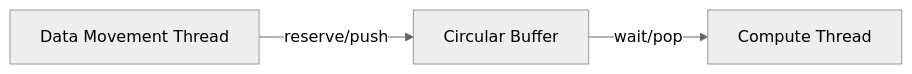
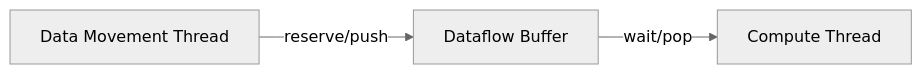
One commit to tenstorrent/tt-lang changed the first of 2 diagrams in docs/sphinx/ttl-tutorial/circular-buffers.md. Above: the diagram before and after it, drawn with Mermaid (neutral theme). The commit also changed other lines of this file and 7 other files, not shown here.

````diff
--- a/docs/sphinx/ttl-tutorial/circular-buffers.md
+++ b/docs/sphinx/ttl-tutorial/circular-buffers.md
@@ -11,5 +11,5 @@
 ```{mermaid}
 graph LR
-    DM[Data Movement Thread] -->|reserve/push| CB[Circular Buffer]
-    CB -->|wait/pop| CT[Compute Thread]
+    DM[Data Movement Thread] -->|reserve/push| DFB[Dataflow Buffer]
+    DFB -->|wait/pop| CT[Compute Thread]
 ```
````
